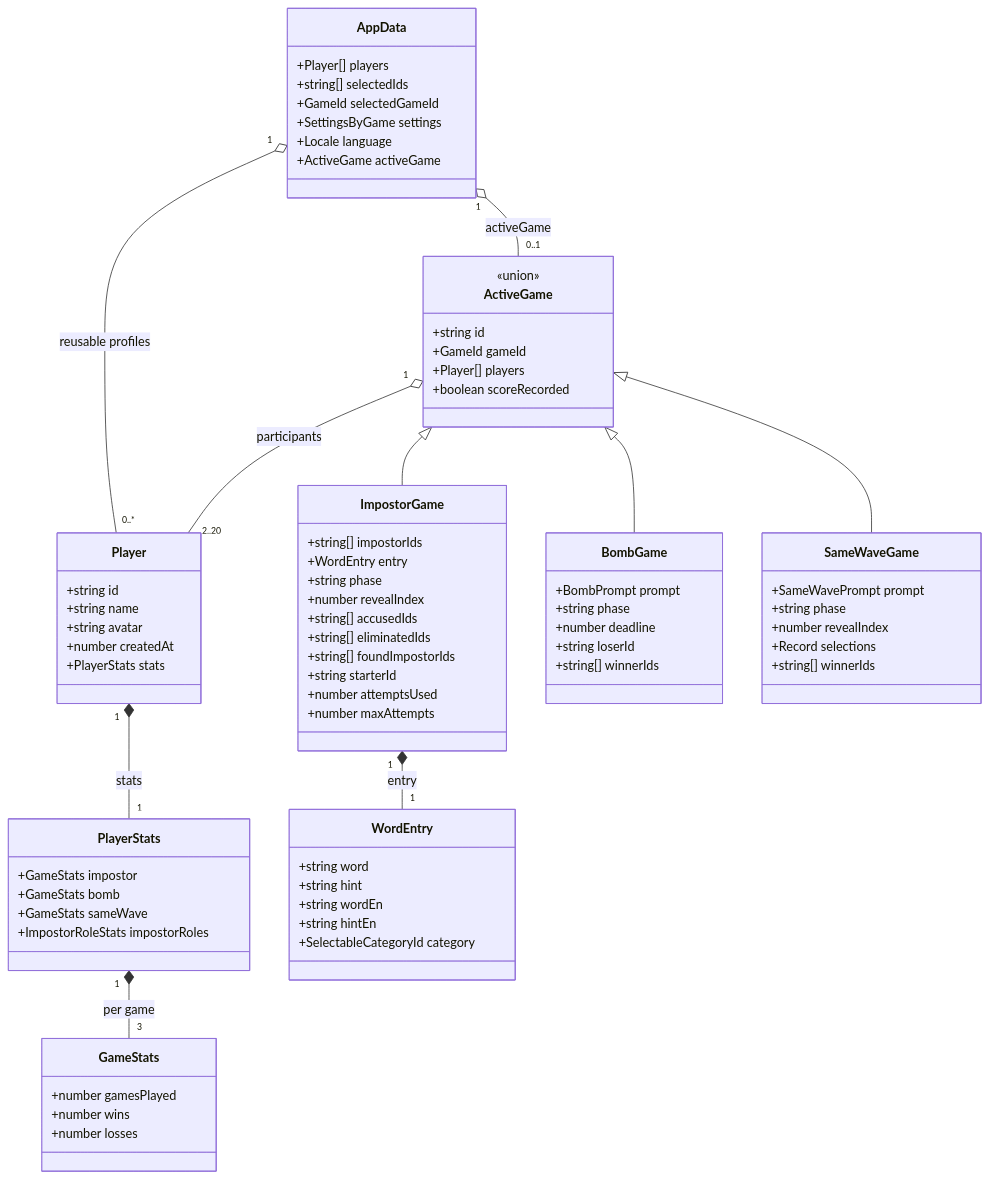
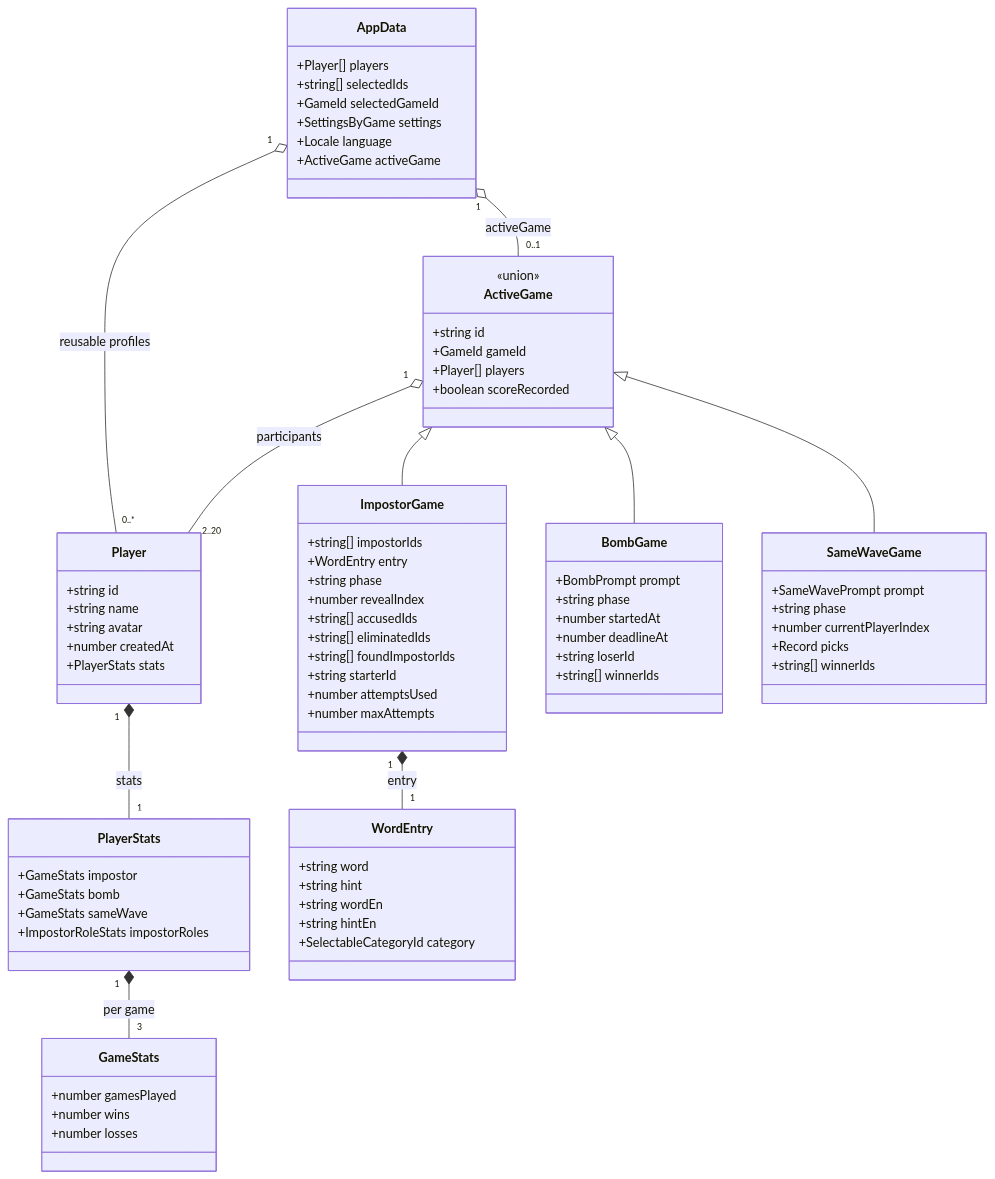
Before and after one commit to LucaSforza/ImpostorGame: the diagram in kb/indexeddb.md, drawn with Mermaid. The commit also changed other lines of this file and 28 other files, not shown here.

````diff
--- a/kb/indexeddb.md
+++ b/kb/indexeddb.md
@@ -17,78 +17,79 @@
 ```mermaid
 classDiagram
   class AppData {
     +Player[] players
     +string[] selectedIds
     +GameId selectedGameId
     +SettingsByGame settings
     +Locale language
     +ActiveGame activeGame
   }
   class Player {
     +string id
     +string name
     +string avatar
     +number createdAt
     +PlayerStats stats
   }
   class PlayerStats {
     +GameStats impostor
     +GameStats bomb
     +GameStats sameWave
     +ImpostorRoleStats impostorRoles
   }
   class GameStats {
     +number gamesPlayed
     +number wins
     +number losses
   }
   class ActiveGame {
     <<union>>
     +string id
     +GameId gameId
     +Player[] players
     +boolean scoreRecorded
   }
   class ImpostorGame {
     +string[] impostorIds
     +WordEntry entry
     +string phase
     +number revealIndex
     +string[] accusedIds
     +string[] eliminatedIds
     +string[] foundImpostorIds
     +string starterId
     +number attemptsUsed
     +number maxAttempts
   }
   class BombGame {
     +BombPrompt prompt
     +string phase
-    +number deadline
+    +number startedAt
+    +number deadlineAt
     +string loserId
     +string[] winnerIds
   }
   class SameWaveGame {
     +SameWavePrompt prompt
     +string phase
-    +number revealIndex
-    +Record selections
+    +number currentPlayerIndex
+    +Record picks
     +string[] winnerIds
   }
   class WordEntry {
     +string word
     +string hint
     +string wordEn
     +string hintEn
     +SelectableCategoryId category
   }
   AppData "1" o-- "0..*" Player : reusable profiles
   Player "1" *-- "1" PlayerStats : stats
   PlayerStats "1" *-- "3" GameStats : per game
   AppData "1" o-- "0..1" ActiveGame : activeGame
   ActiveGame <|-- ImpostorGame
   ActiveGame <|-- BombGame
   ActiveGame <|-- SameWaveGame
   ActiveGame "1" o-- "2..20" Player : participants
   ImpostorGame "1" *-- "1" WordEntry : entry
 ```
````
